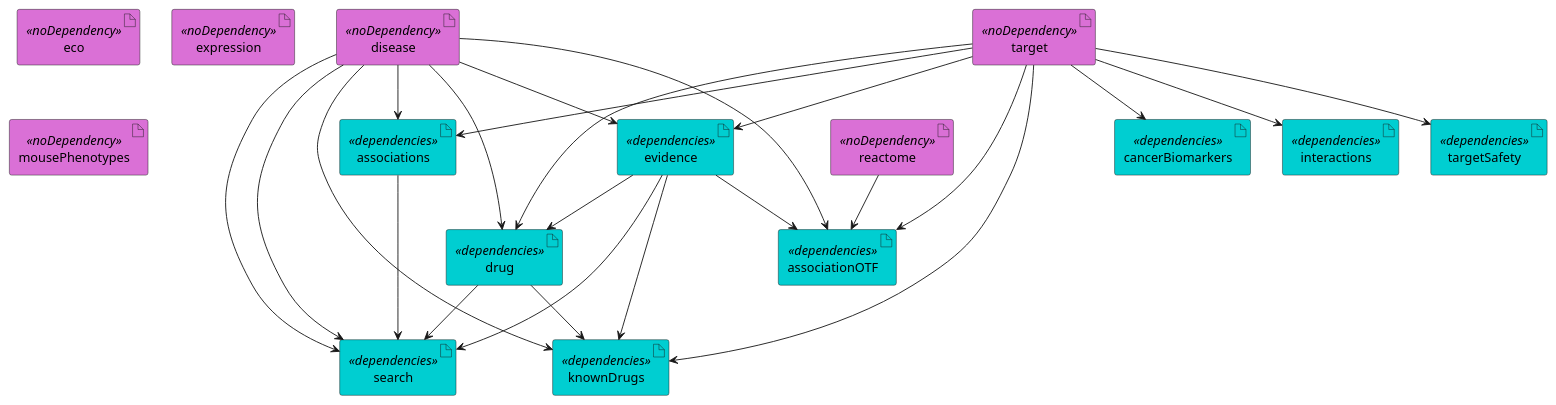
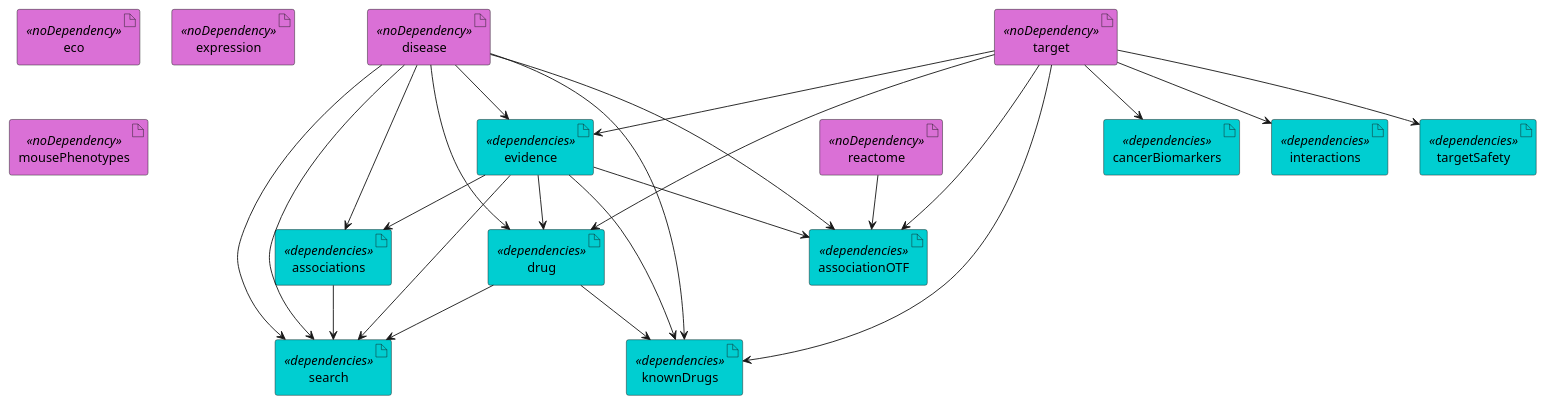
One commit to opentargets/platform-etl-backend changed the diagram in documentation/etl_current.puml. Above: the diagram before and after it, drawn with PlantUML. The commit also changed 1 other file, not shown here.

```diff
--- a/documentation/etl_current.puml
+++ b/documentation/etl_current.puml
@@ -1,58 +1,58 @@
 @startuml
 skinparam interface {
     backgroundColor<<input>> darkblue
     backgroundColor<<output>> cyan
 }
 skinparam artifact {
      backgroundColor<<noDependency>> orchid
      backgroundColor<<dependencies>> darkturquoise
  }
 ' steps
 artifact associations <<dependencies>>
 artifact associationOTF <<dependencies>>
 artifact cancerBiomarkers <<dependencies>>
 artifact disease <<noDependency>>
 artifact drug <<dependencies>>
 artifact eco <<noDependency>>
 artifact evidence <<dependencies>>
 artifact expression <<noDependency>>
 artifact interactions <<dependencies>>
 artifact knownDrugs <<dependencies>>
 artifact mousePhenotypes <<noDependency>>
 artifact reactome <<noDependency>>
 artifact search <<dependencies>>
 artifact target <<noDependency>>
 artifact targetSafety <<dependencies>>
 
 target --> targetSafety
 
-target --> associations
+evidence --> associations
 disease --> associations
 
 reactome --> associationOTF
 evidence --> associationOTF
 disease --> associationOTF
 target --> associationOTF
 
 target --> cancerBiomarkers
 
 target --> drug
 disease --> drug
 evidence --> drug
 target --> evidence
 disease --> evidence
 
 evidence --> knownDrugs
 disease --> knownDrugs
 target --> knownDrugs
 drug --> knownDrugs
 
 evidence --> search
 disease --> search
 disease --> search
 drug --> search
 associations --> search
 
 target --> interactions
 
 @enduml
```
